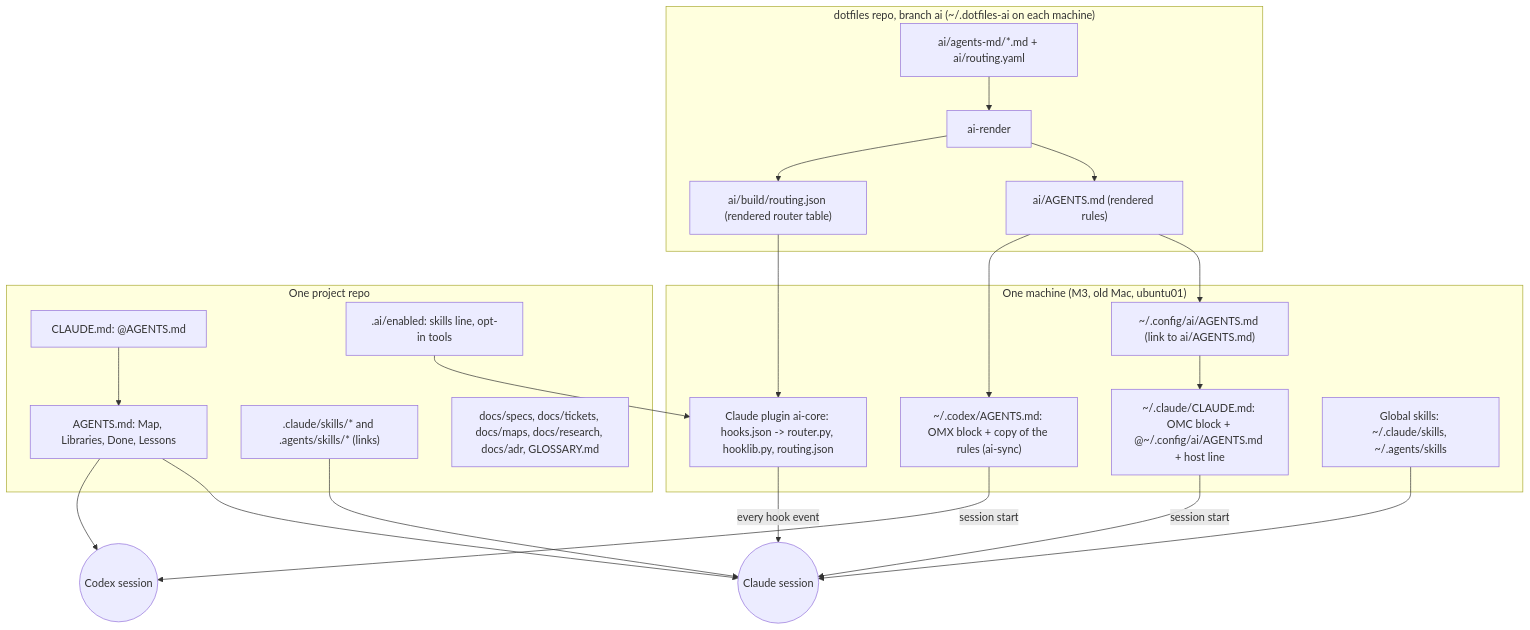
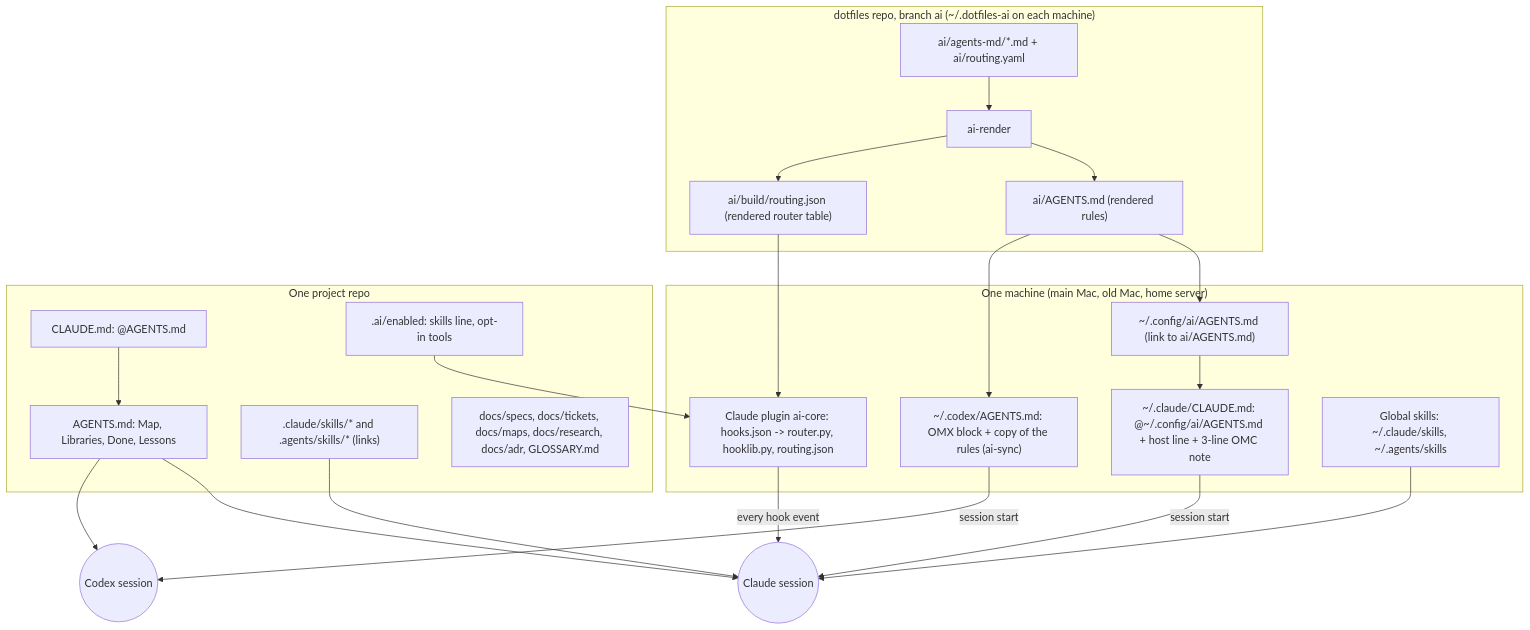
Before and after one commit to btc-fan/.dotfiles: the first of 3 diagrams in docs/GUIDE.md, drawn with Mermaid. The commit also changed other lines of this file and 1 other file, not shown here.

````diff
--- a/docs/GUIDE.md
+++ b/docs/GUIDE.md
@@ -86,40 +100,40 @@
 ```mermaid
 flowchart TD
     subgraph Repo["dotfiles repo, branch ai (~/.dotfiles-ai on each machine)"]
         SRC["ai/agents-md/*.md + ai/routing.yaml"]
         RENDER["ai-render"]
         AG["ai/AGENTS.md (rendered rules)"]
         RJ["ai/build/routing.json (rendered router table)"]
         SRC --> RENDER --> AG
         RENDER --> RJ
     end
 
-    subgraph Machine["One machine (M3, old Mac, ubuntu01)"]
+    subgraph Machine["One machine (main Mac, old Mac, home server)"]
         CFG["~/.config/ai/AGENTS.md (link to ai/AGENTS.md)"]
-        CCM["~/.claude/CLAUDE.md: OMC block + @~/.config/ai/AGENTS.md + host line"]
+        CCM["~/.claude/CLAUDE.md: @~/.config/ai/AGENTS.md + host line + 3-line OMC note"]
         CDX["~/.codex/AGENTS.md: OMX block + copy of the rules (ai-sync)"]
         PLUG["Claude plugin ai-core: hooks.json -> router.py, hooklib.py, routing.json"]
         SK["Global skills: ~/.claude/skills, ~/.agents/skills"]
     end
 
     subgraph Project["One project repo"]
         PCL["CLAUDE.md: @AGENTS.md"]
         PAG["AGENTS.md: Map, Libraries, Done, Lessons"]
         EN[".ai/enabled: skills line, opt-in tools"]
         PSK[".claude/skills/* and .agents/skills/* (links)"]
         DOCS["docs/specs, docs/tickets, docs/maps, docs/research, docs/adr, GLOSSARY.md"]
     end
 
     AG --> CFG --> CCM
     AG --> CDX
     RJ --> PLUG
     CCM -->|"session start"| SESSION(("Claude session"))
     CDX -->|"session start"| SESSION2(("Codex session"))
     PCL --> PAG
     PAG --> SESSION
     PAG --> SESSION2
     PLUG -->|"every hook event"| SESSION
     EN --> PLUG
     PSK --> SESSION
     SK --> SESSION
 ```
````
